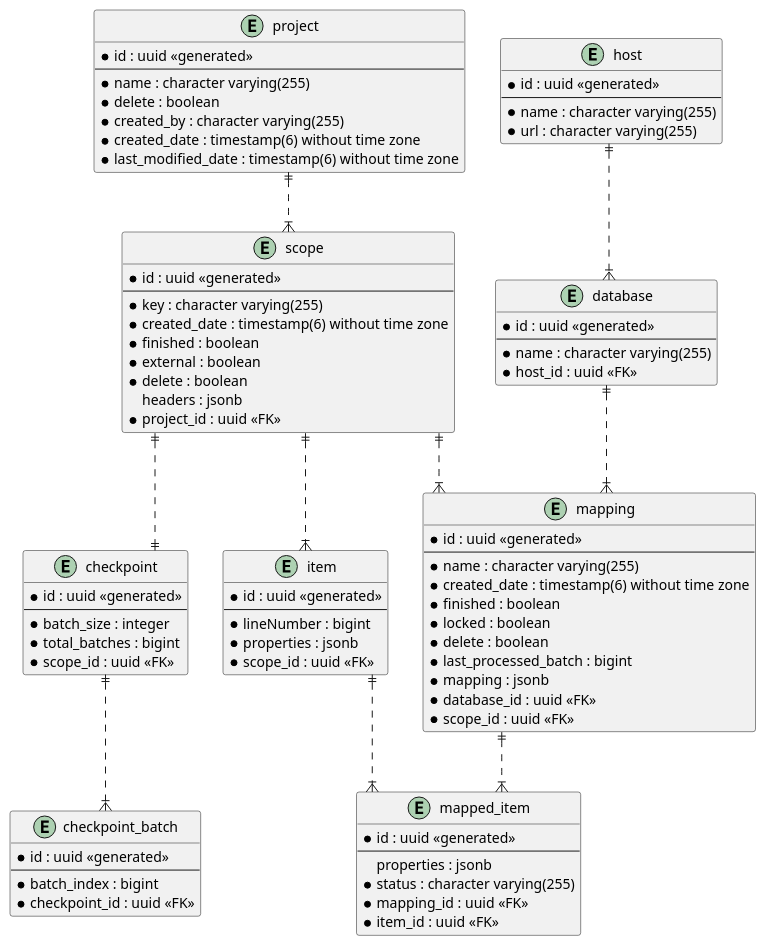
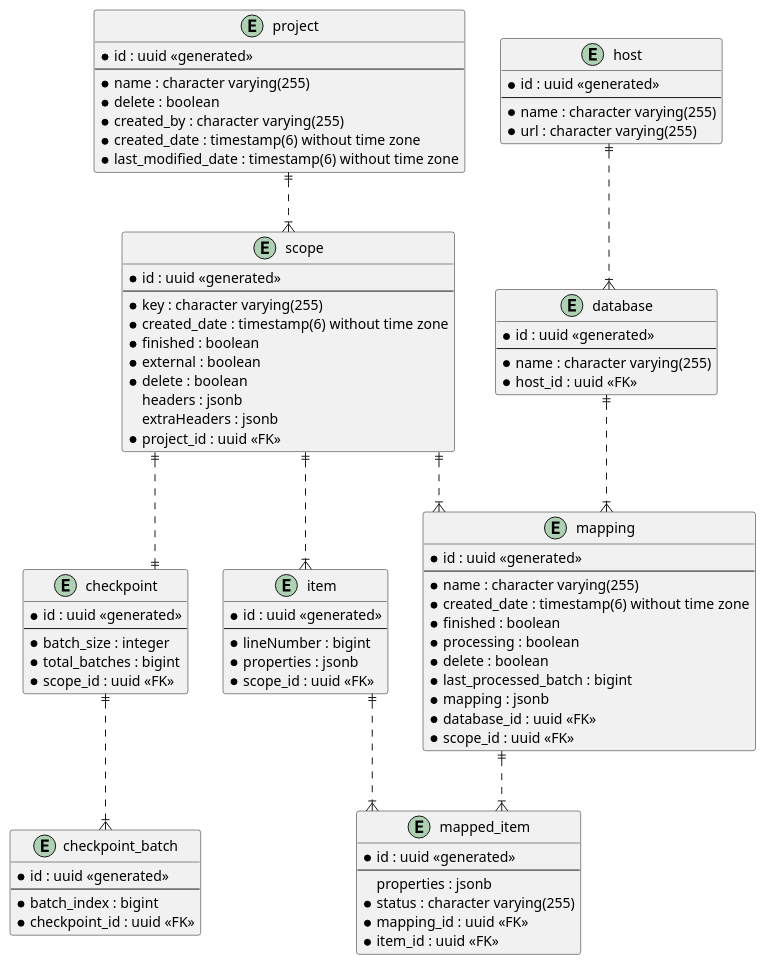
Before and after one commit to TuncerCatalkaya/data-migration: the diagram in data-migration-documentation/src/main/images/databaseModel.puml, drawn with PlantUML. The commit also changed 19 other files, not shown here.

```diff
--- a/data-migration-documentation/src/main/images/databaseModel.puml
+++ b/data-migration-documentation/src/main/images/databaseModel.puml
@@ -1,99 +1,100 @@
 @startuml
 skinparam linetype ortho
 
 entity project {
     * id : uuid <<generated>>
     --
     * name : character varying(255)
     * delete : boolean
     * created_by : character varying(255)
     * created_date : timestamp(6) without time zone
     * last_modified_date : timestamp(6) without time zone
 }
 
 entity scope {
     * id : uuid <<generated>>
     --
     * key : character varying(255)
     * created_date : timestamp(6) without time zone
     * finished : boolean
     * external : boolean
     * delete : boolean
     headers : jsonb
+    extraHeaders : jsonb
     * project_id : uuid <<FK>>
 }
 
 entity item {
     * id : uuid <<generated>>
     --
     * lineNumber : bigint
     * properties : jsonb
     * scope_id : uuid <<FK>>
 }
 
 entity checkpoint {
     * id : uuid <<generated>>
     --
     * batch_size : integer
     * total_batches : bigint
     * scope_id : uuid <<FK>>
 }
 
 entity checkpoint_batch {
     * id : uuid <<generated>>
     --
     * batch_index : bigint
     * checkpoint_id : uuid <<FK>>
 }
 
 entity host {
     * id : uuid <<generated>>
     --
     * name : character varying(255)
     * url : character varying(255)
 }
 
 entity mapping {
     * id : uuid <<generated>>
     --
     * name : character varying(255)
     * created_date : timestamp(6) without time zone
     * finished : boolean
-    * locked : boolean
+    * processing : boolean
     * delete : boolean
     * last_processed_batch : bigint
     * mapping : jsonb
     * database_id : uuid <<FK>>
     * scope_id : uuid <<FK>>
 }
 
 entity database {
     * id : uuid <<generated>>
     --
     * name : character varying(255)
     * host_id : uuid <<FK>>
 }
 
 entity mapped_item {
     * id : uuid <<generated>>
     --
     properties : jsonb
     * status : character varying(255)
     * mapping_id : uuid <<FK>>
     * item_id : uuid <<FK>>
 }
 
 project ||..|{ scope
 scope ||..|{ item
 
 scope ||..|| checkpoint
 checkpoint ||..|{ checkpoint_batch
 
 database ||..|{ mapping
 host ||..|{ database
 scope ||..|{ mapping
 
 item ||..|{ mapped_item
 mapping ||..|{ mapped_item
 
 @enduml
```
